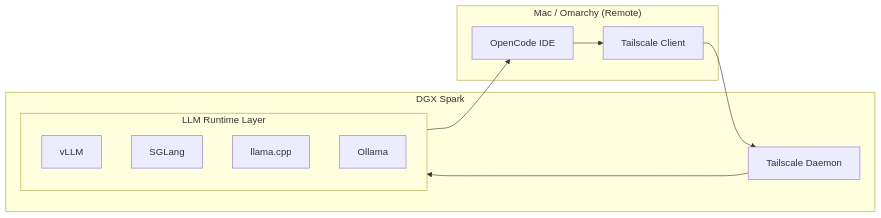
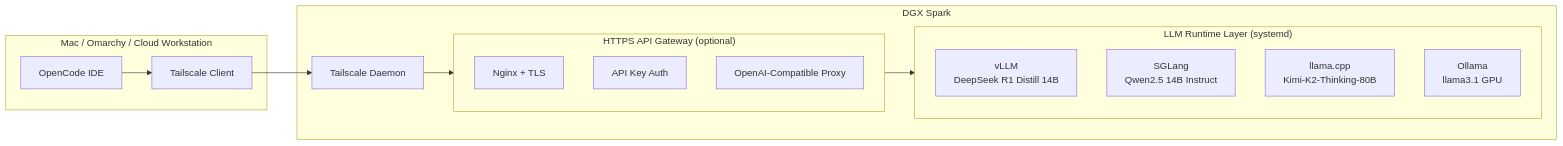
The first of 2 diagrams in README.md (futureboytech/futureboytech-dgx-stack), drawn with Mermaid before and after one commit. The commit also changed other lines of this file, not shown here.

````diff
--- a/README.md
+++ b/README.md
@@ -20,20 +39,26 @@
 ```mermaid
 flowchart LR
-  subgraph Client["Mac / Omarchy (Remote)"]
+  subgraph Client["Mac / Omarchy / Cloud Workstation"]
     OC[OpenCode IDE]
     TS1[Tailscale Client]
   end
 
   subgraph DGX["DGX Spark"]
     TS2[Tailscale Daemon]
-    subgraph Runtime["LLM Runtime Layer"]
-      VLLM[vLLM]
-      SGL[SGLang]
-      LCPP[llama.cpp]
-      OL[Ollama]
+
+    subgraph Runtime["LLM Runtime Layer (systemd)"]
+      VLLM[vLLM<br/>DeepSeek R1 Distill 14B]
+      SGL[SGLang<br/>Qwen2.5 14B Instruct]
+      LCPP[llama.cpp<br/>Kimi-K2-Thinking-80B]
+      OL[Ollama<br/>llama3.1 GPU]
+    end
+
+    subgraph Gateway["HTTPS API Gateway (optional)"]
+      NGINX[Nginx + TLS]
+      AUTH[API Key Auth]
+      OAI[OpenAI-Compatible Proxy]
     end
   end
 
-  OC --> TS1 --> TS2 --> Runtime
-  Runtime --> OC
+  OC --> TS1 --> TS2 --> Gateway --> Runtime
 ```
````
